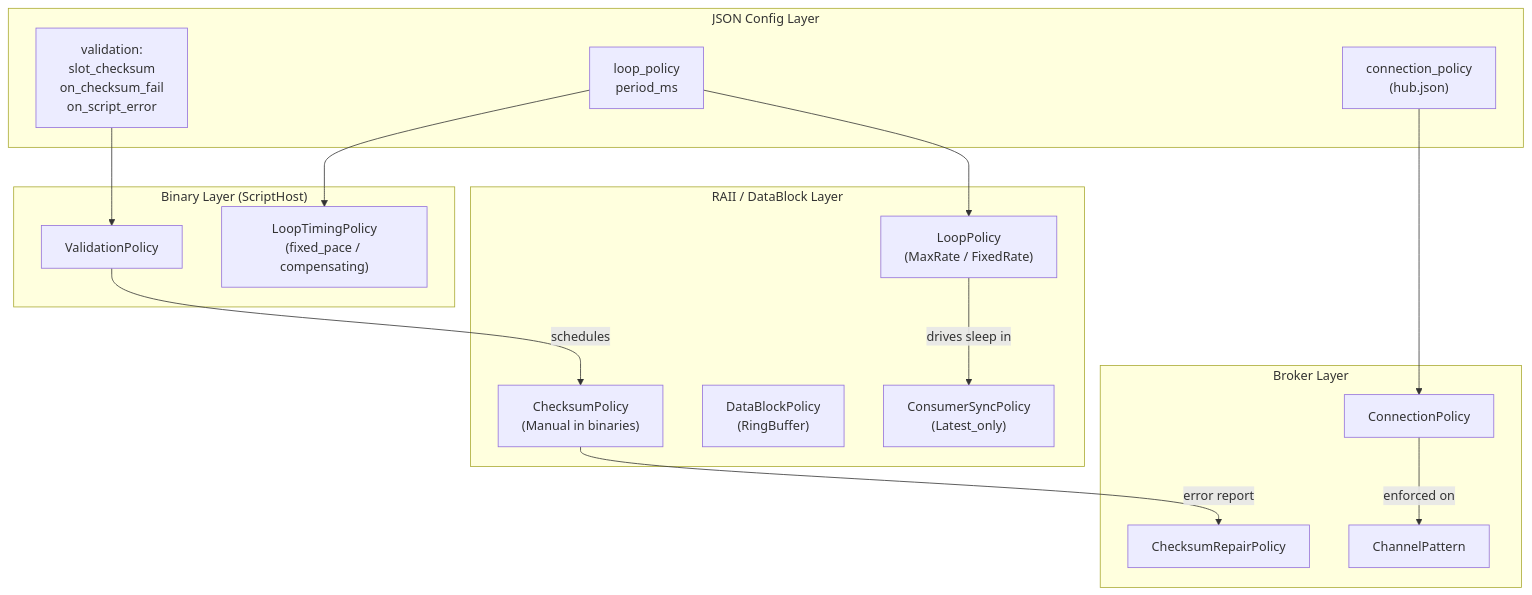
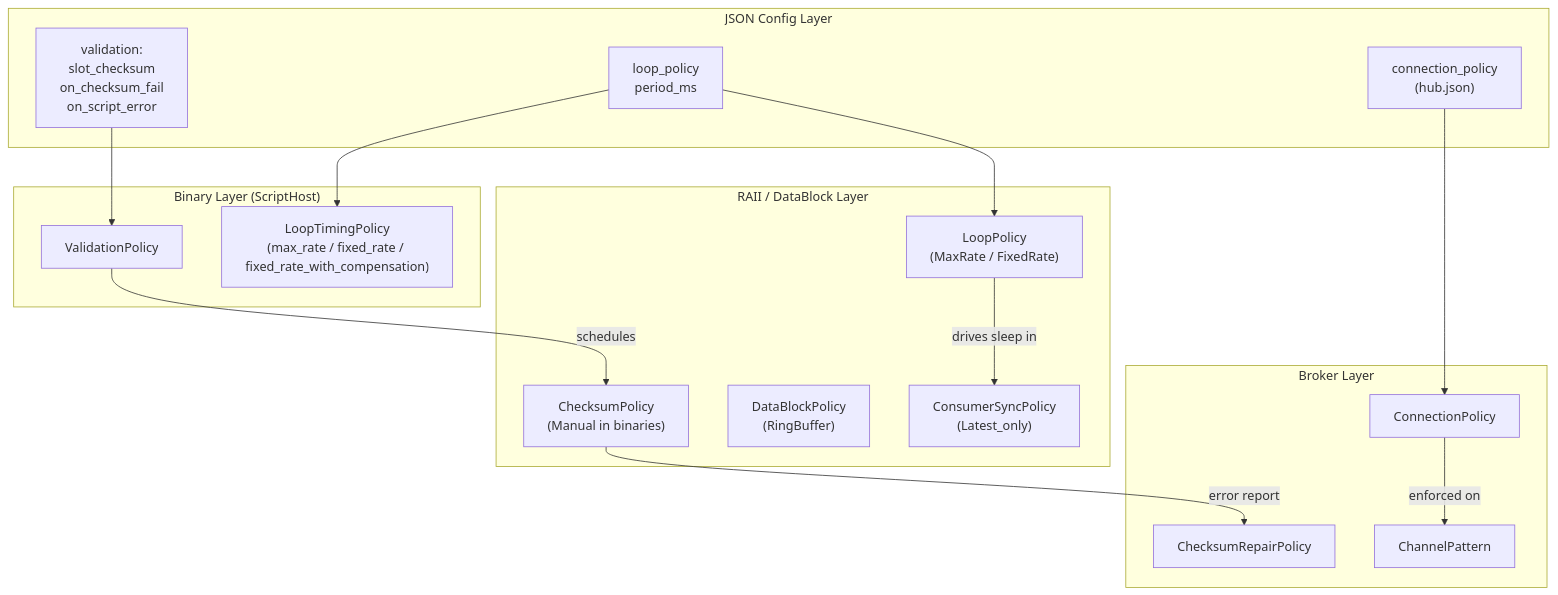
One commit to Qing-LAB/pylabhub changed the diagram in cpp/docs/HEP/HEP-CORE-0009-Policy-Reference.md. Above: the diagram before and after it, drawn with Mermaid. The commit also changed other lines of this file and 171 other files, not shown here.

````diff
--- a/cpp/docs/HEP/HEP-CORE-0009-Policy-Reference.md
+++ b/cpp/docs/HEP/HEP-CORE-0009-Policy-Reference.md
@@ -331,35 +350,35 @@
 ```mermaid
 flowchart TB
     subgraph Config["JSON Config Layer"]
         VPol["validation:\n  slot_checksum\n  on_checksum_fail\n  on_script_error"]
         LPol["loop_policy\nperiod_ms"]
         CPol["connection_policy\n(hub.json)"]
     end
 
     subgraph Binary["Binary Layer (ScriptHost)"]
         ValPol["ValidationPolicy"]
-        LTPol["LoopTimingPolicy\n(fixed_pace / compensating)"]
+        LTPol["LoopTimingPolicy\n(max_rate / fixed_rate / fixed_rate_with_compensation)"]
     end
 
     subgraph RAII["RAII / DataBlock Layer"]
         CkPol["ChecksumPolicy\n(Manual in binaries)"]
         DBPol["DataBlockPolicy\n(RingBuffer)"]
         CSPol["ConsumerSyncPolicy\n(Latest_only)"]
         LoopP["LoopPolicy\n(MaxRate / FixedRate)"]
     end
 
     subgraph Broker["Broker Layer"]
         CRPol["ChecksumRepairPolicy"]
         ConnP["ConnectionPolicy"]
         ChanP["ChannelPattern"]
     end
 
     VPol --> ValPol
     LPol --> LoopP
     LPol --> LTPol
     CPol --> ConnP
     ValPol -->|"schedules"| CkPol
     LoopP -->|"drives sleep in"| CSPol
     CkPol -->|"error report"| CRPol
     ConnP -->|"enforced on"| ChanP
 ```
````
